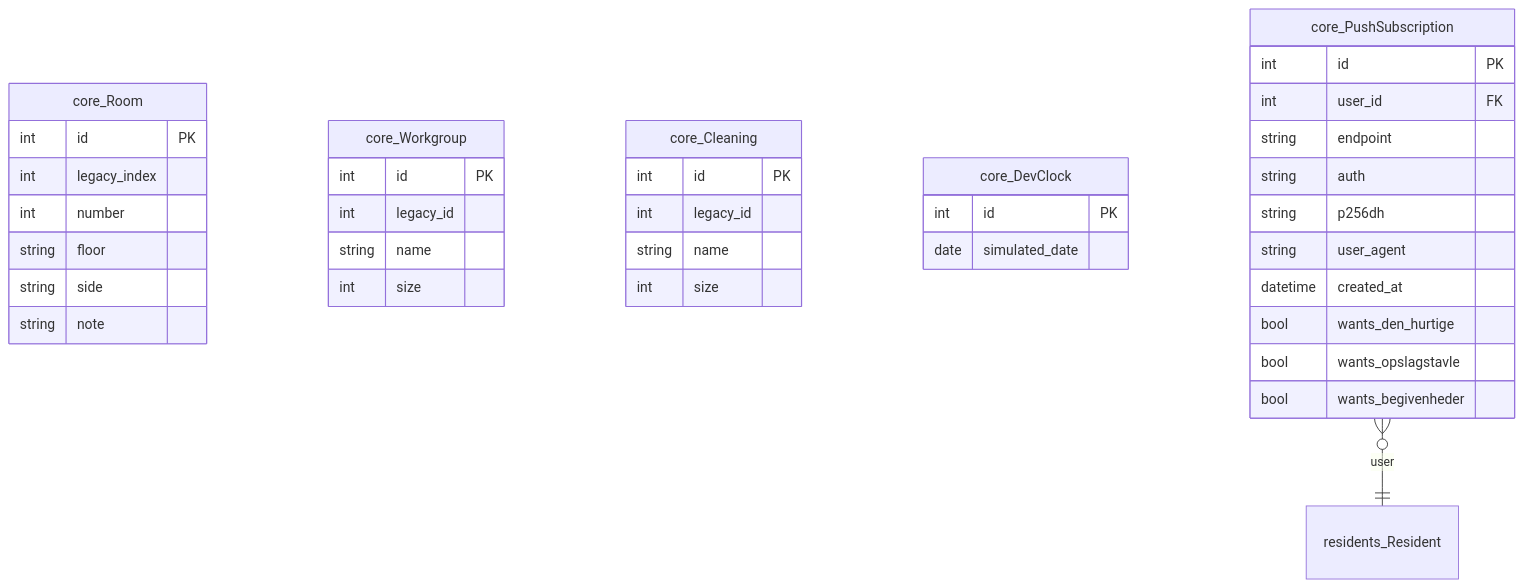
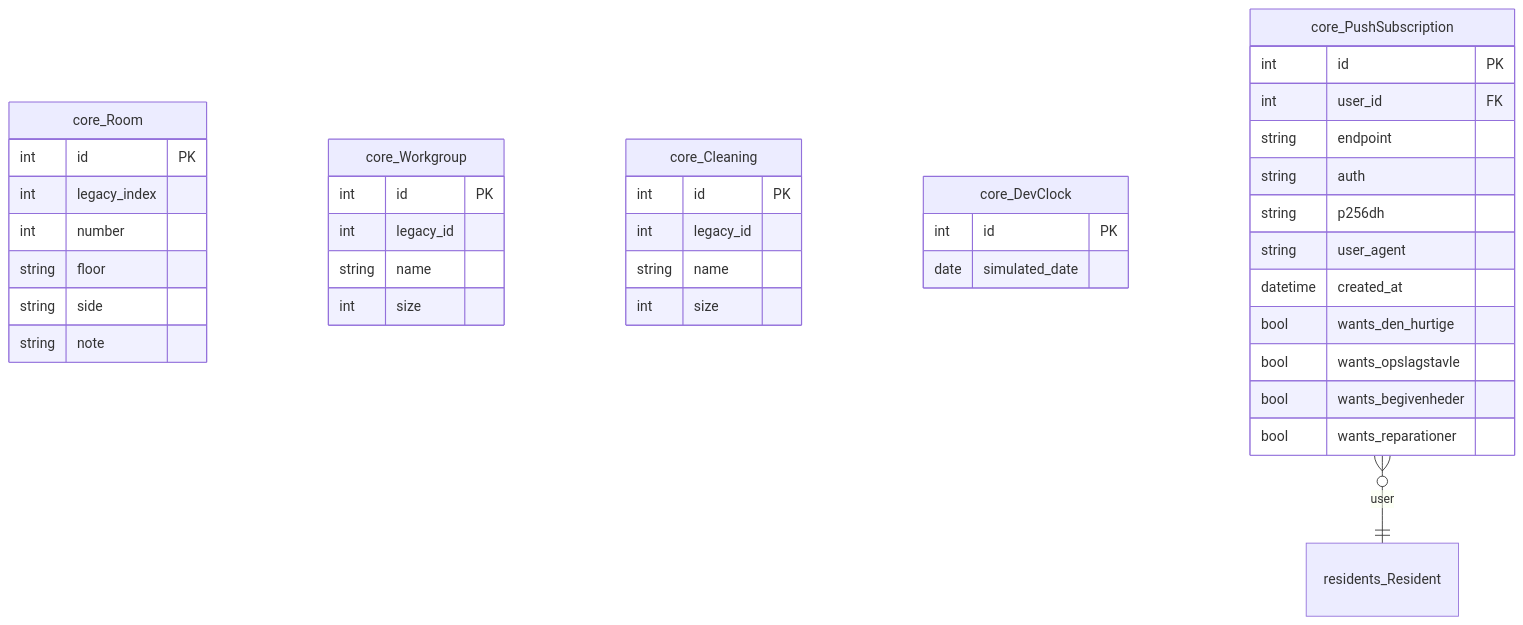
Before and after one commit to G-A-Hagemanns-Kollegium/ny_ny_intern: the fifth of 13 diagrams in docs/erd.md, drawn with Mermaid. The commit also changed other lines of this file and 23 other files, not shown here.

````diff
--- a/docs/erd.md
+++ b/docs/erd.md
@@ -625,47 +698,48 @@
 ```mermaid
 erDiagram
     core_Room {
         int id PK
         int legacy_index
         int number
         string floor
         string side
         string note
     }
 
     core_Workgroup {
         int id PK
         int legacy_id
         string name
         int size
     }
 
     core_Cleaning {
         int id PK
         int legacy_id
         string name
         int size
     }
 
     core_DevClock {
         int id PK
         date simulated_date
     }
 
     core_PushSubscription {
         int id PK
         int user_id FK
         string endpoint
         string auth
         string p256dh
         string user_agent
         datetime created_at
         bool wants_den_hurtige
         bool wants_opslagstavle
         bool wants_begivenheder
+        bool wants_reparationer
     }
 
     residents_Resident { }
 
     core_PushSubscription }o--|| residents_Resident : "user"
 ```
````
